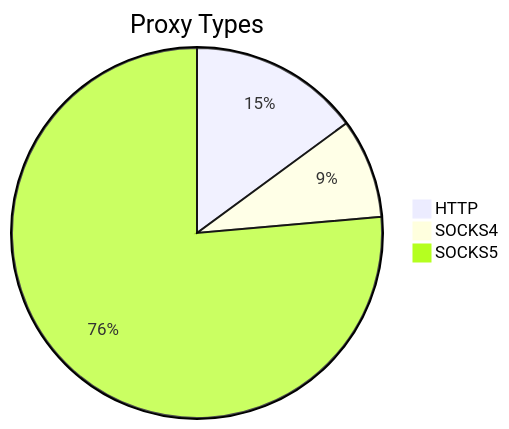
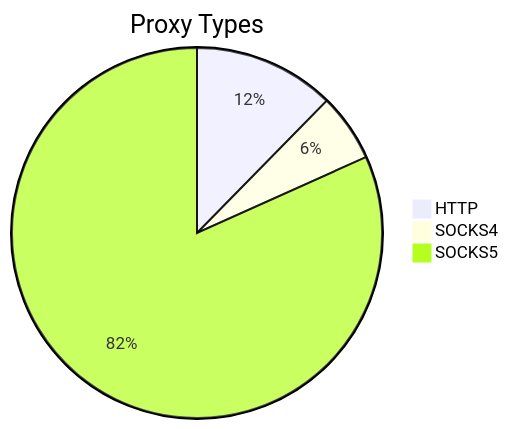
Before and after one commit to stormsia/proxy-list: the first of 2 diagrams in README.md, drawn with Mermaid. The commit also changed other lines of this file, not shown here.

````diff
--- a/README.md
+++ b/README.md
@@ -21,6 +21,6 @@
 ```mermaid
 pie title Proxy Types
-    "HTTP" : 230
-    "SOCKS4" : 134
-    "SOCKS5" : 1178
+    "HTTP" : 79
+    "SOCKS4" : 38
+    "SOCKS5" : 523
 ```
````
